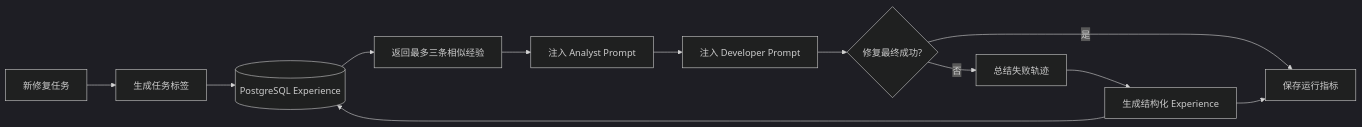
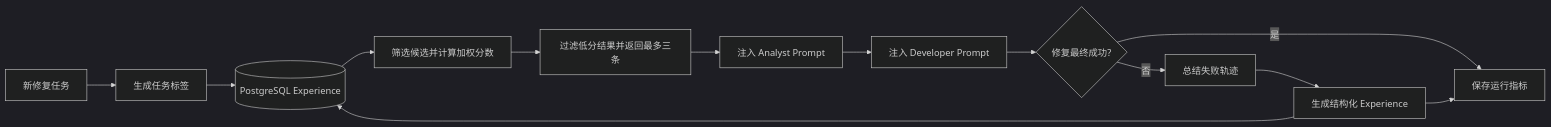
The diagram in docs/05-经验进化说明.md (chengyu798/EvoDev), drawn with Mermaid (dark theme) before and after one commit. The commit also changed other lines of this file and 24 other files, not shown here.

````diff
--- a/docs/05-经验进化说明.md
+++ b/docs/05-经验进化说明.md
@@ -11,14 +11,15 @@
 ```mermaid
 flowchart LR
     A[新修复任务] --> B[生成任务标签]
-    B --> C[(PostgreSQL Experience)]
-    C --> D[返回最多三条相似经验]
-    D --> E[注入 Analyst Prompt]
-    E --> F[注入 Developer Prompt]
-    F --> G{修复最终成功?}
-    G -->|是| H[保存运行指标]
-    G -->|否| I[总结失败轨迹]
-    I --> J[生成结构化 Experience]
-    J --> C
-    J --> H
+    B --> D[(PostgreSQL Experience)]
+    D --> C[筛选候选并计算加权分数]
+    C --> E[过滤低分结果并返回最多三条]
+    E --> F[注入 Analyst Prompt]
+    F --> G[注入 Developer Prompt]
+    G --> H{修复最终成功?}
+    H -->|是| I[保存运行指标]
+    H -->|否| J[总结失败轨迹]
+    J --> K[生成结构化 Experience]
+    K --> D
+    K --> I
 ```
````
